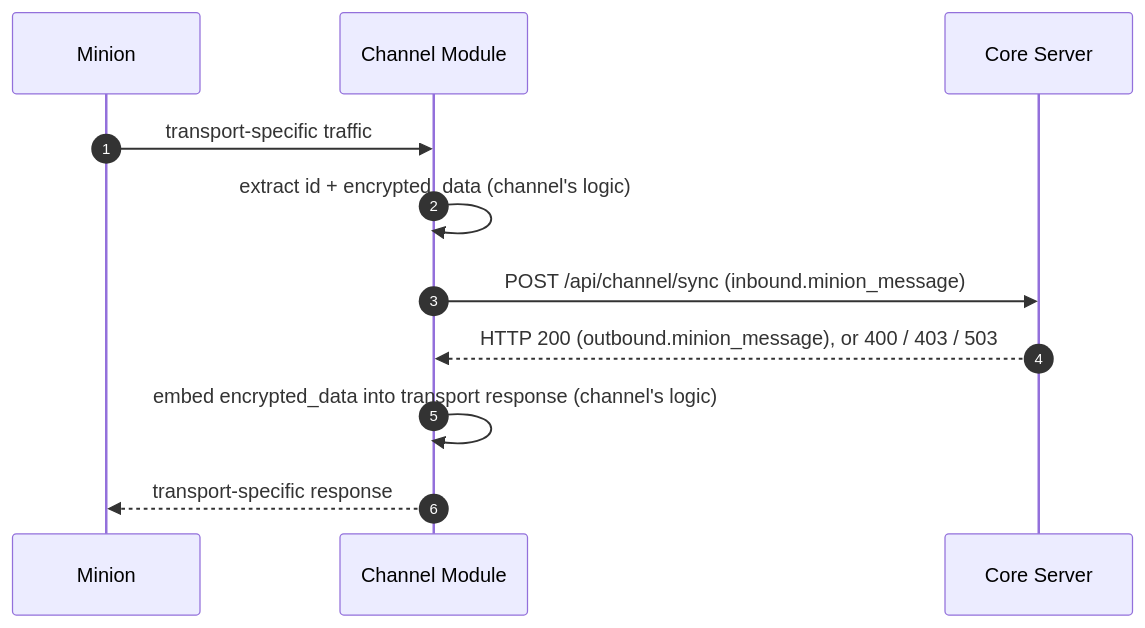
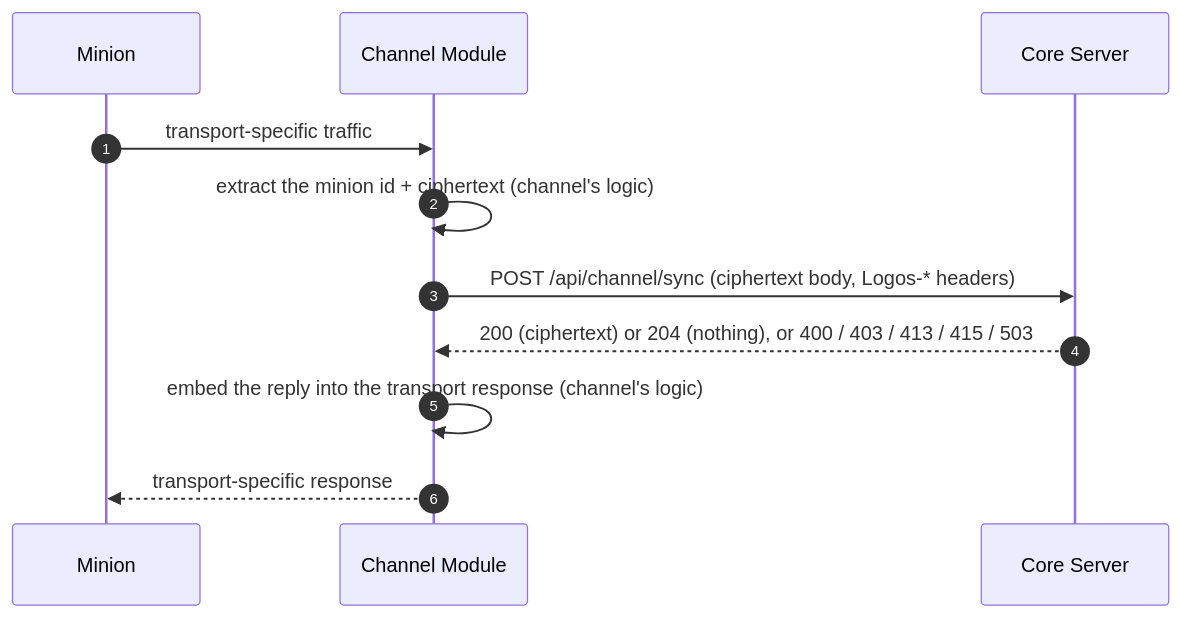
One commit to LogosCore/logos-docs changed the diagram in src/content/docs/message-flow.md. Above: the diagram before and after it, drawn with Mermaid. The commit also changed other lines of this file and 8 other files, not shown here.

First line of the commit message:
HTTP sync: the raw-body contract replaces the JSON envelope across the docs

````diff
--- a/src/content/docs/message-flow.md
+++ b/src/content/docs/message-flow.md
@@ -20,14 +22,14 @@
 ```mermaid
 sequenceDiagram
     autonumber
     participant I as Minion
     participant CH as Channel Module
     participant CS as Core Server
 
     I->>CH: transport-specific traffic
-    CH->>CH: extract id + encrypted_data (channel's logic)
-    CH->>CS: POST /api/channel/sync (inbound.minion_message)
-    CS-->>CH: HTTP 200 (outbound.minion_message), or 400 / 403 / 503
-    CH->>CH: embed encrypted_data into transport response (channel's logic)
+    CH->>CH: extract the minion id + ciphertext (channel's logic)
+    CH->>CS: POST /api/channel/sync (ciphertext body, Logos-* headers)
+    CS-->>CH: 200 (ciphertext) or 204 (nothing), or 400 / 403 / 413 / 415 / 503
+    CH->>CH: embed the reply into the transport response (channel's logic)
     CH-->>I: transport-specific response
 ```
````
